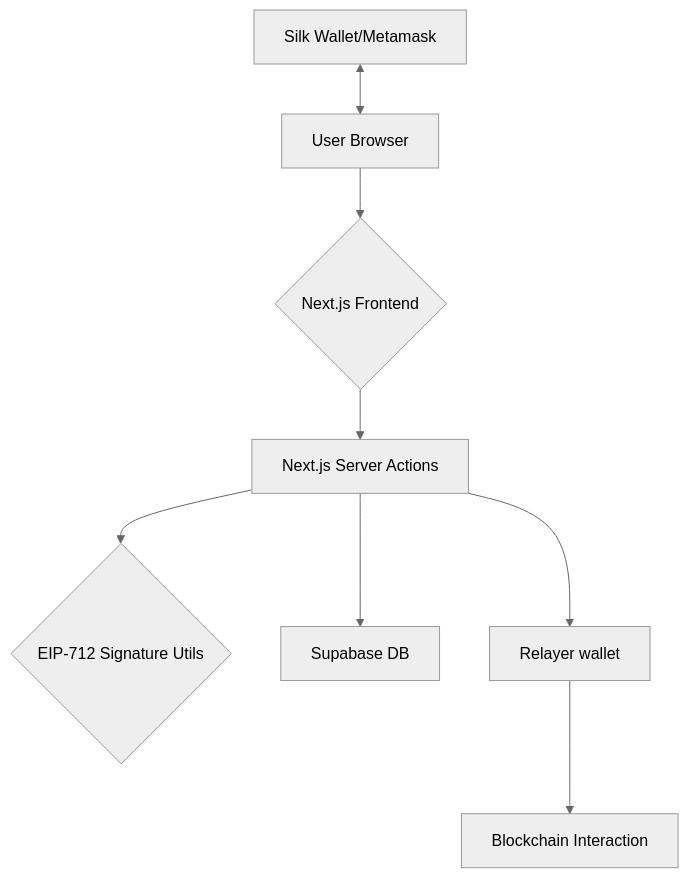
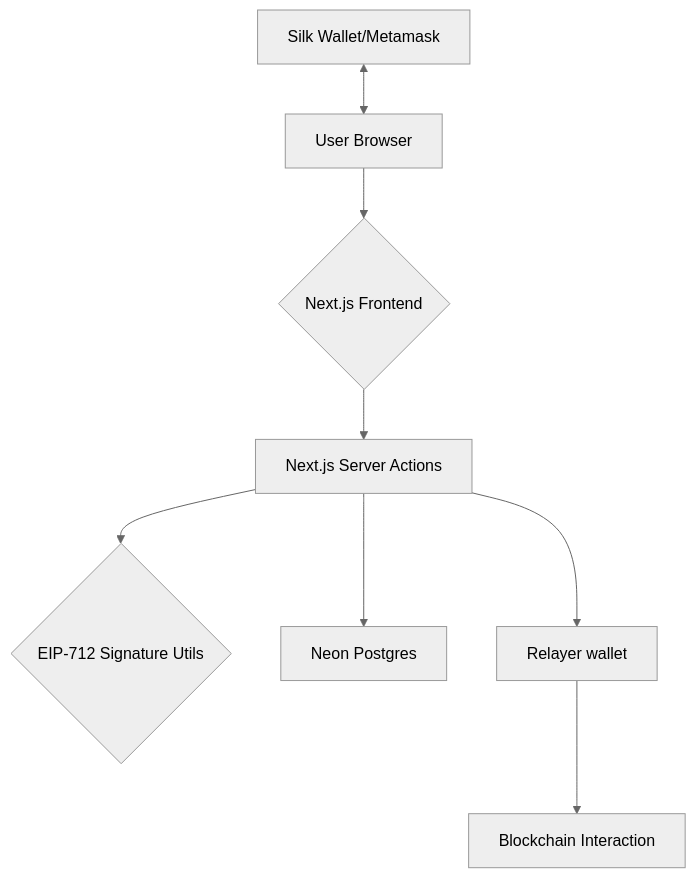
The first of 2 diagrams in README.md (holonym-foundation/refunite-network), drawn with Mermaid (neutral theme) before and after one commit. The commit also changed other lines of this file and 13 other files, not shown here.

First line of the commit message:
feat(db): replace Turso with Neon Postgres and Drizzle

````diff
--- a/README.md
+++ b/README.md
@@ -34,10 +33,10 @@
 ```mermaid
 graph TD
     A[User Browser] --> B{Next.js Frontend};
     B --> C[Next.js Server Actions];
     C --> D{EIP-712 Signature Utils};
-    C --> E[Supabase DB];
+    C --> E[Neon Postgres];
     C --> F[Relayer wallet];
     G[Silk Wallet/Metamask] <--> A;
     F --> H[Blockchain Interaction];
 ```
````
